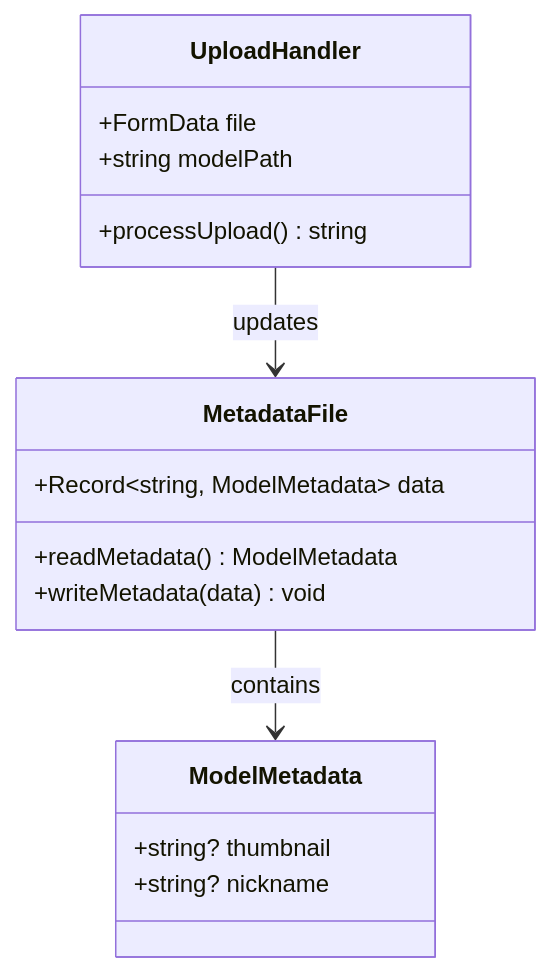
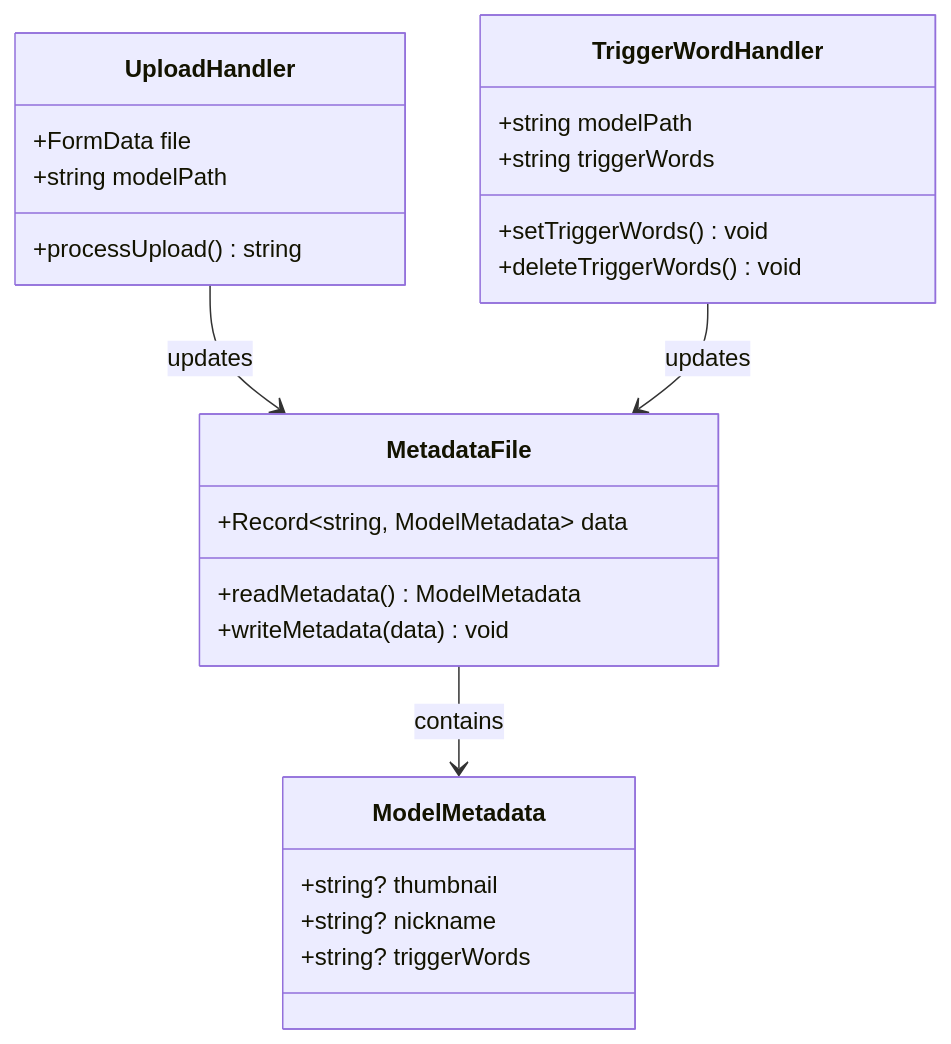
The third of 10 diagrams in .qoder/repowiki/zh/content/前端应用/模型元数据管理.md (billye220670/CorineKit_Pix2Real), drawn with Mermaid before and after one commit. The commit also changed other lines of this file and 43 other files, not shown here.

````diff
--- a/.qoder/repowiki/zh/content/前端应用/模型元数据管理.md
+++ b/.qoder/repowiki/zh/content/前端应用/模型元数据管理.md
@@ -122,19 +145,27 @@
 ```mermaid
 classDiagram
 class ModelMetadata {
 +string? thumbnail
 +string? nickname
++string? triggerWords
 }
 class MetadataFile {
 +Record~string, ModelMetadata~ data
 +readMetadata() ModelMetadata
 +writeMetadata(data) void
 }
 class UploadHandler {
 +FormData file
 +string modelPath
 +processUpload() string
 }
+class TriggerWordHandler {
++string modelPath
++string triggerWords
++setTriggerWords() void
++deleteTriggerWords() void
+}
 MetadataFile --> ModelMetadata : contains
 UploadHandler --> MetadataFile : updates
+TriggerWordHandler --> MetadataFile : updates
 ```
````
